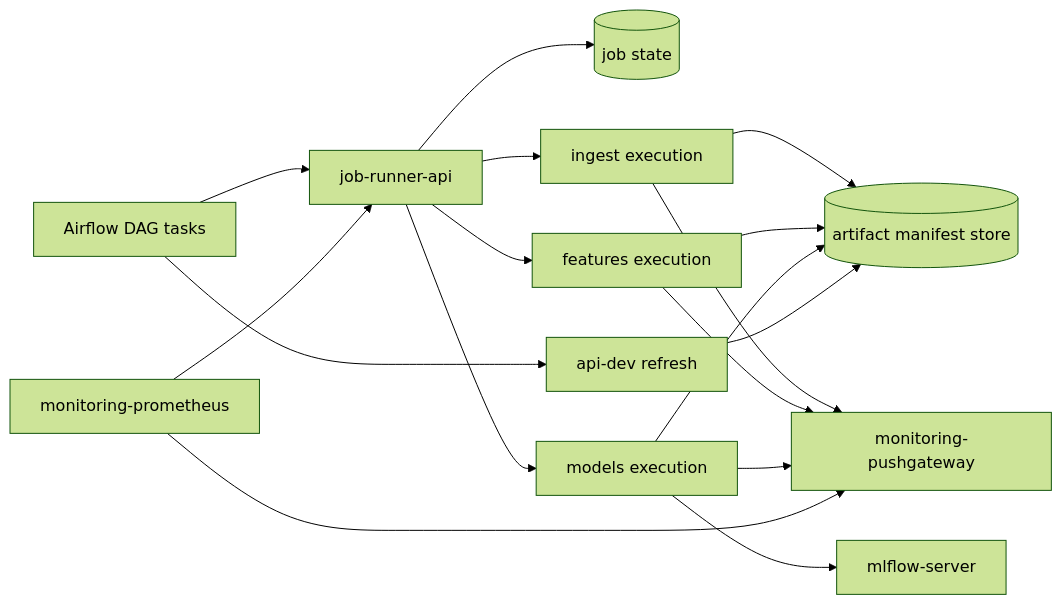
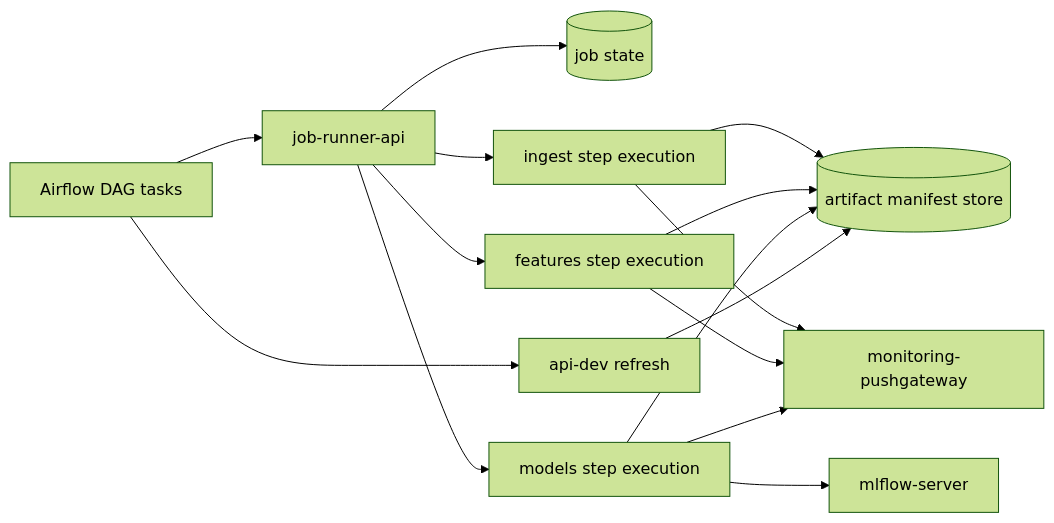
Before and after one commit to zheddhe/avr25-mle-trafic-cycliste: the diagram in docs/next-phase-design/airflow-job-runner-strategy.md, drawn with Mermaid (forest theme). The commit also changed other lines of this file, not shown here.

````diff
--- a/docs/next-phase-design/airflow-job-runner-strategy.md
+++ b/docs/next-phase-design/airflow-job-runner-strategy.md
@@ -123,21 +123,19 @@
 ```mermaid
 flowchart LR
     airflow[Airflow DAG tasks] --> job_api[job-runner-api]
     job_api --> state[(job state)]
-    job_api --> worker_ingest[ingest execution]
-    job_api --> worker_features[features execution]
-    job_api --> worker_models[models execution]
+    job_api --> ingest_exec[ingest step execution]
+    job_api --> features_exec[features step execution]
+    job_api --> models_exec[models step execution]
 
-    worker_ingest --> artifacts[(artifact manifest store)]
-    worker_features --> artifacts
-    worker_models --> artifacts
-    worker_models --> mlflow[mlflow-server]
-    worker_ingest --> pushgateway[monitoring-pushgateway]
-    worker_features --> pushgateway
-    worker_models --> pushgateway
+    ingest_exec --> artifacts[(artifact manifest store)]
+    features_exec --> artifacts
+    models_exec --> artifacts
+    models_exec --> mlflow[mlflow-server]
+    ingest_exec --> pushgateway[monitoring-pushgateway]
+    features_exec --> pushgateway
+    models_exec --> pushgateway
 
     airflow --> api[api-dev refresh]
     api --> artifacts
-    prometheus[monitoring-prometheus] --> job_api
-    prometheus --> pushgateway
 ```
````
